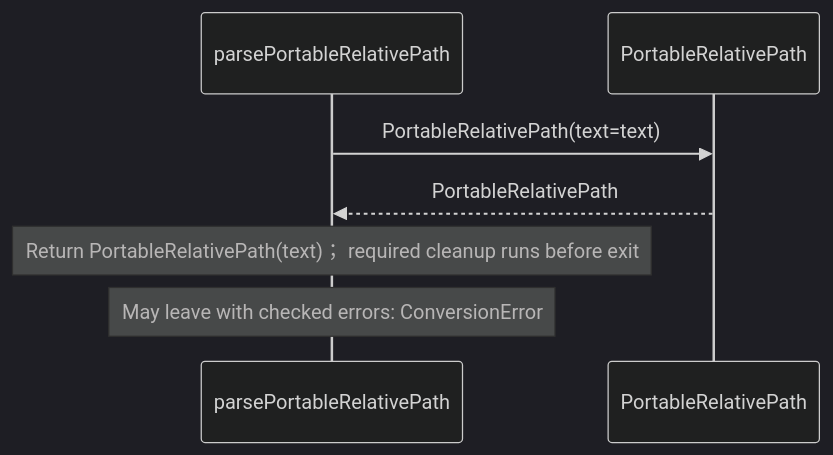
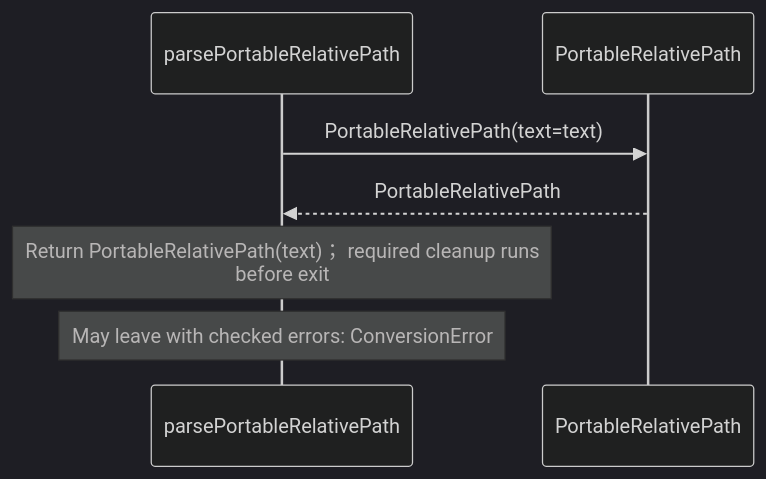
Before and after one commit to GreenPandaStudios/augscript: the fourth of 7 diagrams in src/stdlib/values/paths.aug.diagrams.md, drawn with Mermaid (dark theme). The commit also changed other lines of this file and 200 other files, not shown here.

Commit message:
Group imported operations and wrap readable sequence messages

````diff
--- a/src/stdlib/values/paths.aug.diagrams.md
+++ b/src/stdlib/values/paths.aug.diagrams.md
@@ -72,9 +72,9 @@
 ```mermaid
 sequenceDiagram
     participant p0 as parsePortableRelativePath
     participant p1 as PortableRelativePath
     p0->>p1: PortableRelativePath(text=text)
     p1-->>p0: PortableRelativePath
-    Note over p0: Return PortableRelativePath(text)； required cleanup runs before exit
+    Note over p0: Return PortableRelativePath(text)； required cleanup runs<br/>before exit
     Note over p0: May leave with checked errors: ConversionError
 ```
````
